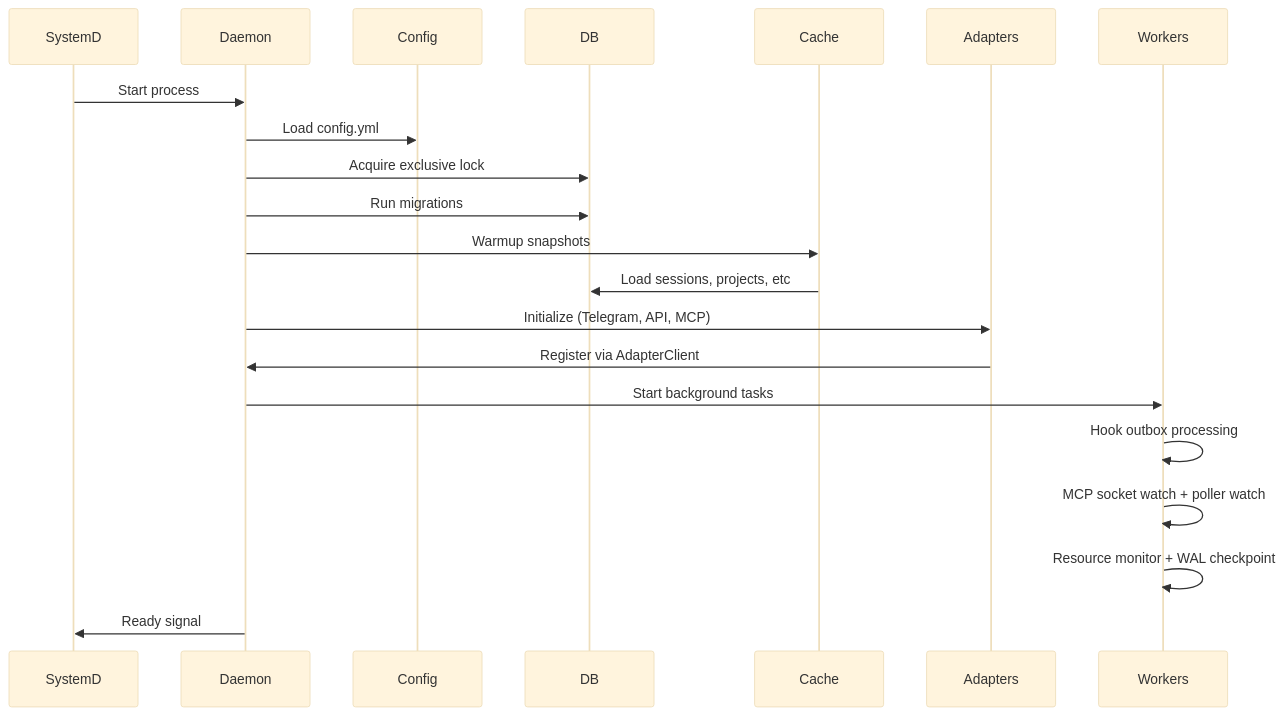
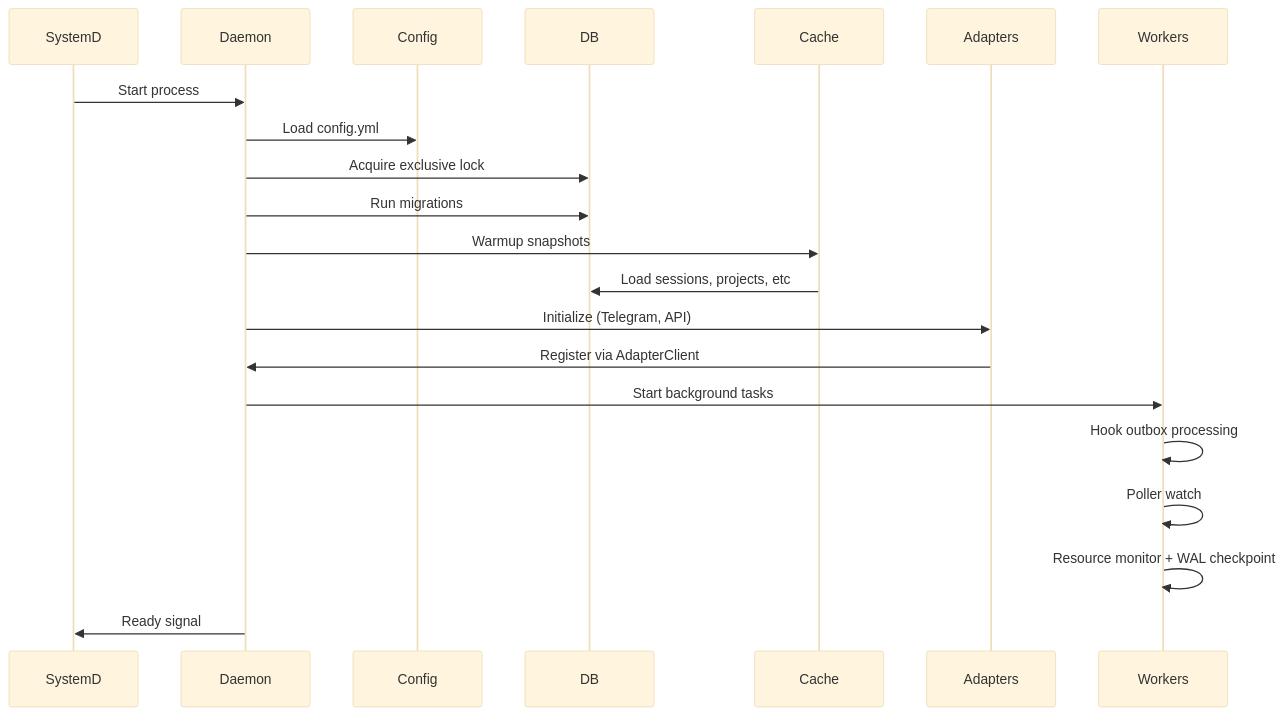
One commit to InstruktAI/TeleClaude changed the second of 4 diagrams in docs/project/design/architecture/daemon.md. Above: the diagram before and after it, drawn with Mermaid (base theme). The commit also changed other lines of this file and 75 other files, not shown here.

````diff
--- a/docs/project/design/architecture/daemon.md
+++ b/docs/project/design/architecture/daemon.md
@@ -66,24 +65,24 @@
 ```mermaid
 sequenceDiagram
     participant SystemD
     participant Daemon
     participant Config
     participant DB
     participant Cache
     participant Adapters
     participant Workers
 
     SystemD->>Daemon: Start process
     Daemon->>Config: Load config.yml
     Daemon->>DB: Acquire exclusive lock
     Daemon->>DB: Run migrations
     Daemon->>Cache: Warmup snapshots
     Cache->>DB: Load sessions, projects, etc
-    Daemon->>Adapters: Initialize (Telegram, API, MCP)
+    Daemon->>Adapters: Initialize (Telegram, API)
     Adapters->>Daemon: Register via AdapterClient
     Daemon->>Workers: Start background tasks
     Workers->>Workers: Hook outbox processing
-    Workers->>Workers: MCP socket watch + poller watch
+    Workers->>Workers: Poller watch
     Workers->>Workers: Resource monitor + WAL checkpoint
     Daemon->>SystemD: Ready signal
 ```
````
